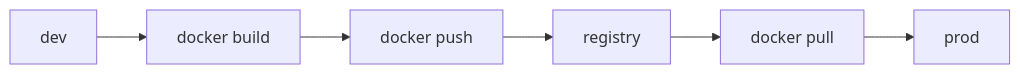
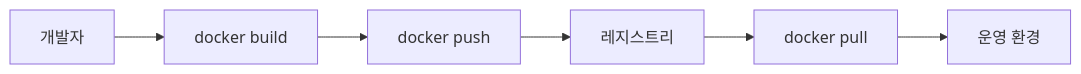
The diagram in content/containers-101/ko/07-registry.md (yeongseon-books/book-content), drawn with Mermaid before and after one commit. The commit also changed other lines of this file and 4 other files, not shown here.

````diff
--- a/content/containers-101/ko/07-registry.md
+++ b/content/containers-101/ko/07-registry.md
@@ -33,8 +47,8 @@
 ```mermaid
 flowchart LR
-    Dev["dev"] --> Build["docker build"]
+    Dev["개발자"] --> Build["docker build"]
     Build --> Push["docker push"]
-    Push --> Reg["registry"]
+    Push --> Reg["레지스트리"]
     Reg --> Pull["docker pull"]
-    Pull --> Prod["prod"]
+    Pull --> Prod["운영 환경"]
 ```
````
